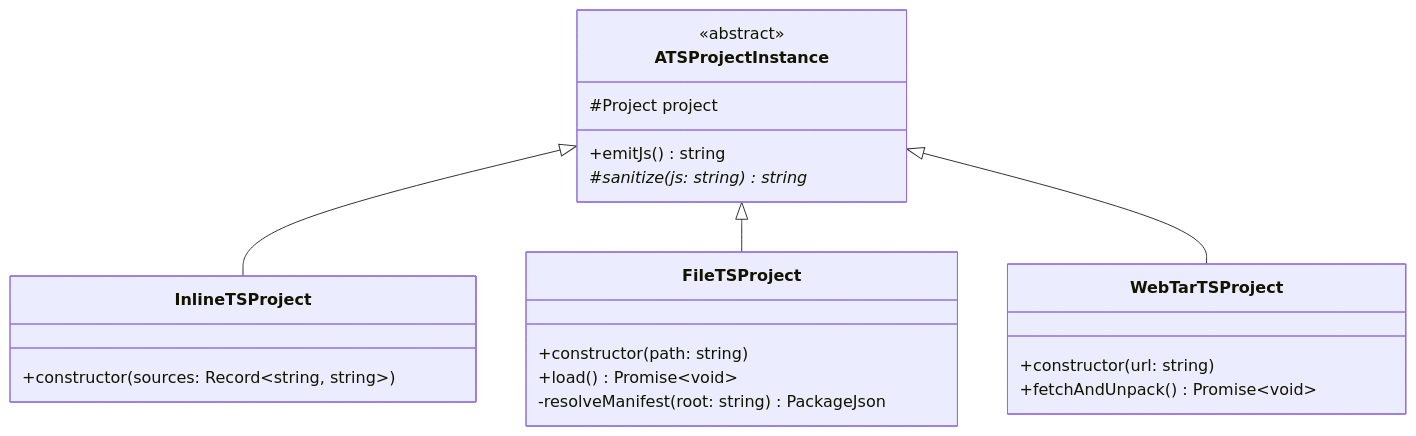
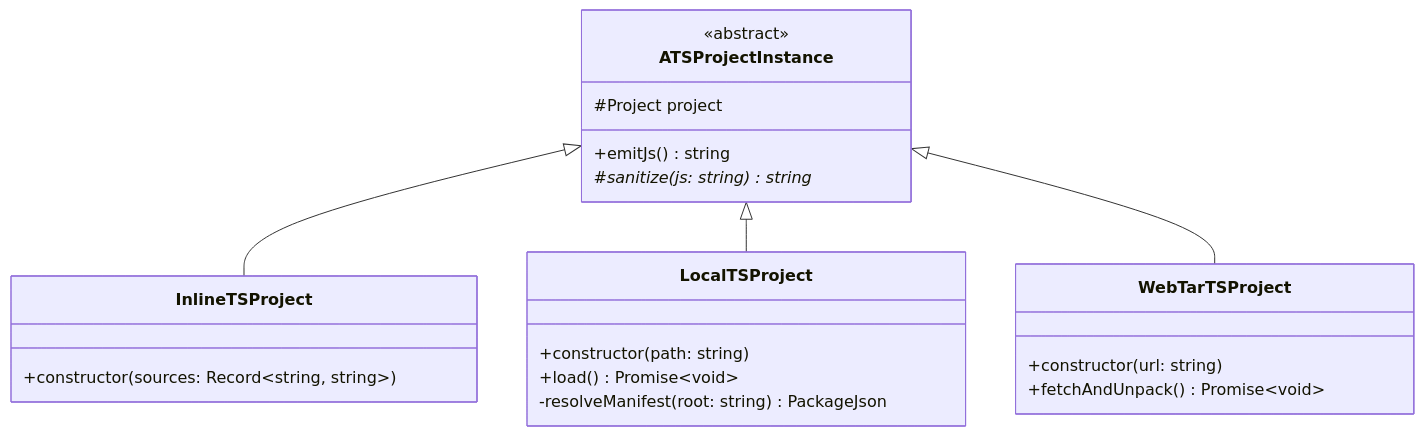
One commit to rimvydasb/open-modeler-bindings changed the first of 2 diagrams in docs/TS_PROJECT_SPEC.md. Above: the diagram before and after it, drawn with Mermaid. The commit also changed other lines of this file and 11 other files, not shown here.

````diff
--- a/docs/TS_PROJECT_SPEC.md
+++ b/docs/TS_PROJECT_SPEC.md
@@ -23,30 +23,30 @@
 ```mermaid
 classDiagram
     direction TB
 
     class ATSProjectInstance {
         <<abstract>>
         #Project project
         +emitJs() string
         #sanitize(js: string) string*
     }
 
     class InlineTSProject {
         +constructor(sources: Record~string, string~)
     }
 
-    class FileTSProject {
+    class LocalTSProject {
         +constructor(path: string)
         +load() Promise~void~
         -resolveManifest(root: string) PackageJson
     }
 
     class WebTarTSProject {
         +constructor(url: string)
         +fetchAndUnpack() Promise~void~
     }
 
     ATSProjectInstance <|-- InlineTSProject
-    ATSProjectInstance <|-- FileTSProject
+    ATSProjectInstance <|-- LocalTSProject
     ATSProjectInstance <|-- WebTarTSProject
 ```
````
